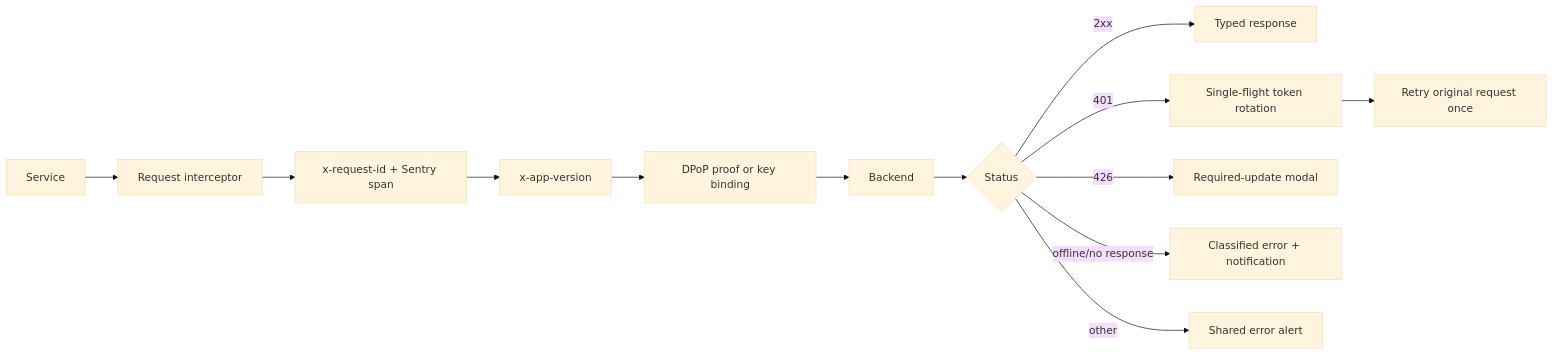
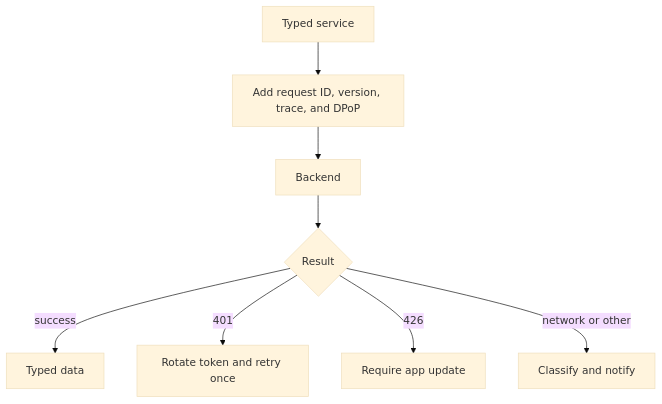
The first of 3 diagrams in docs/api-realtime-ai-flow.md (kobihanoch/Strong-Together-App), drawn with Mermaid (base theme) before and after one commit. The commit also changed 21 other files, not shown here.

````diff
--- a/docs/api-realtime-ai-flow.md
+++ b/docs/api-realtime-ai-flow.md
@@ -7,15 +7,10 @@
 ```mermaid
-flowchart LR
-    Service --> Request[Request interceptor]
-    Request --> Trace[x-request-id + Sentry span]
-    Trace --> Version[x-app-version]
-    Version --> Security[DPoP proof or key binding]
-    Security --> API[Backend]
-    API --> Status{Status}
-    Status -->|2xx| Data[Typed response]
-    Status -->|401| Refresh[Single-flight token rotation]
-    Refresh --> Retry[Retry original request once]
-    Status -->|426| Upgrade[Required-update modal]
-    Status -->|offline/no response| Network[Classified error + notification]
-    Status -->|other| Error[Shared error alert]
+flowchart TD
+    Service[Typed service] --> Prepare[Add request ID, version, trace, and DPoP]
+    Prepare --> API[Backend]
+    API --> Result{Result}
+    Result -->|success| Data[Typed data]
+    Result -->|401| Refresh[Rotate token and retry once]
+    Result -->|426| Upgrade[Require app update]
+    Result -->|network or other| Error[Classify and notify]
 ```
````
